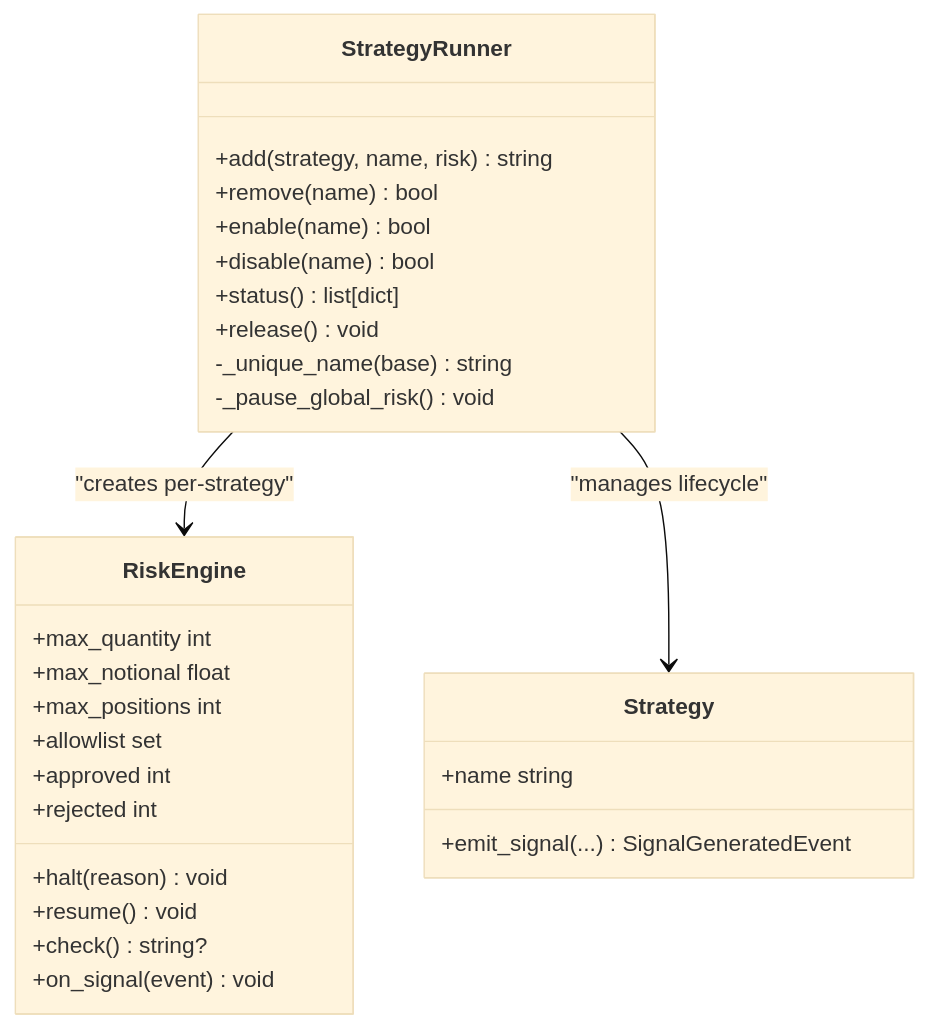
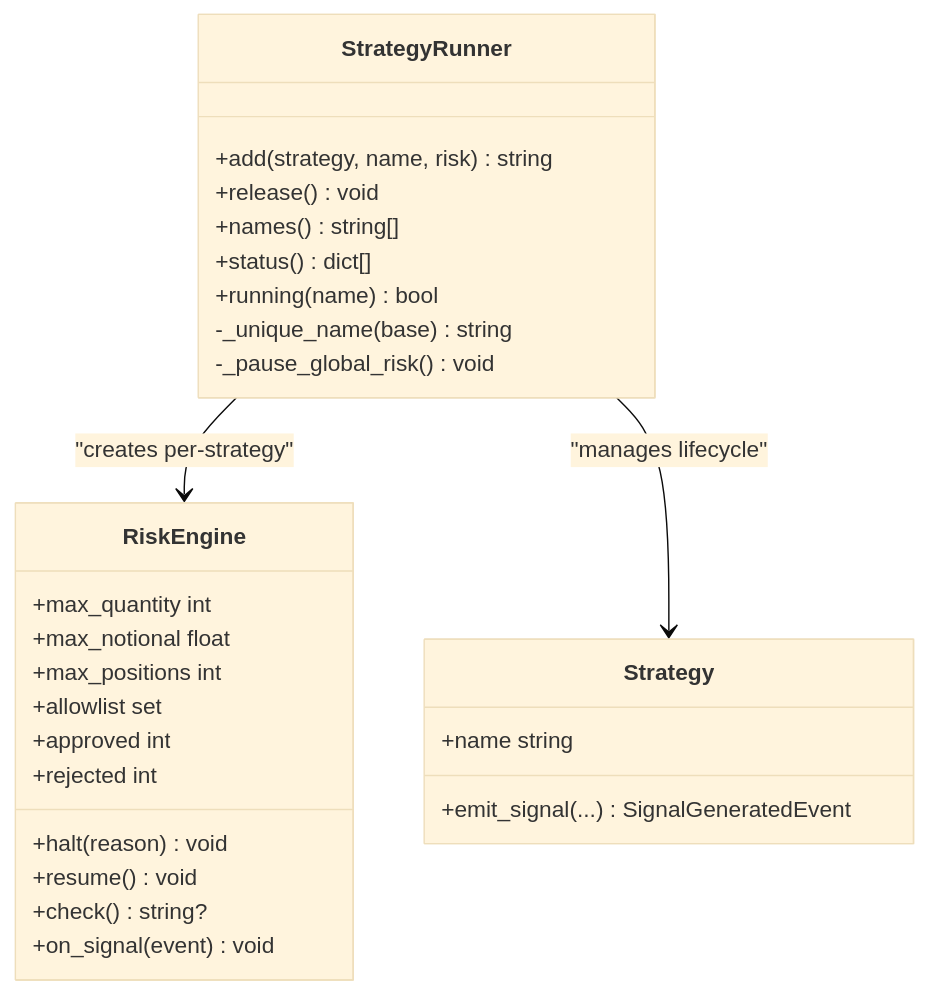
Before and after one commit to Ganesh-Kusundal/nTrade: the fourth of 8 diagrams in .qoder/repowiki/en/content/Risk Management.md, drawn with Mermaid (base theme). The commit also changed other lines of this file and 331 other files, not shown here.

````diff
--- a/.qoder/repowiki/en/content/Risk Management.md
+++ b/.qoder/repowiki/en/content/Risk Management.md
@@ -236,31 +252,30 @@
 ```mermaid
 classDiagram
 class StrategyRunner {
 +add(strategy, name, risk) string
-+remove(name) bool
-+enable(name) bool
-+disable(name) bool
-+status() list[dict]
 +release() void
++names() string[]
++status() dict[]
++running(name) bool
 -_unique_name(base) string
 -_pause_global_risk() void
 }
 class RiskEngine {
 +max_quantity int
 +max_notional float
 +max_positions int
 +allowlist set
 +approved int
 +rejected int
 +halt(reason) void
 +resume() void
 +check() string?
 +on_signal(event) void
 }
 class Strategy {
 +name string
 +emit_signal(...) SignalGeneratedEvent
 }
 StrategyRunner --> RiskEngine : "creates per-strategy"
 StrategyRunner --> Strategy : "manages lifecycle"
 ```
````
